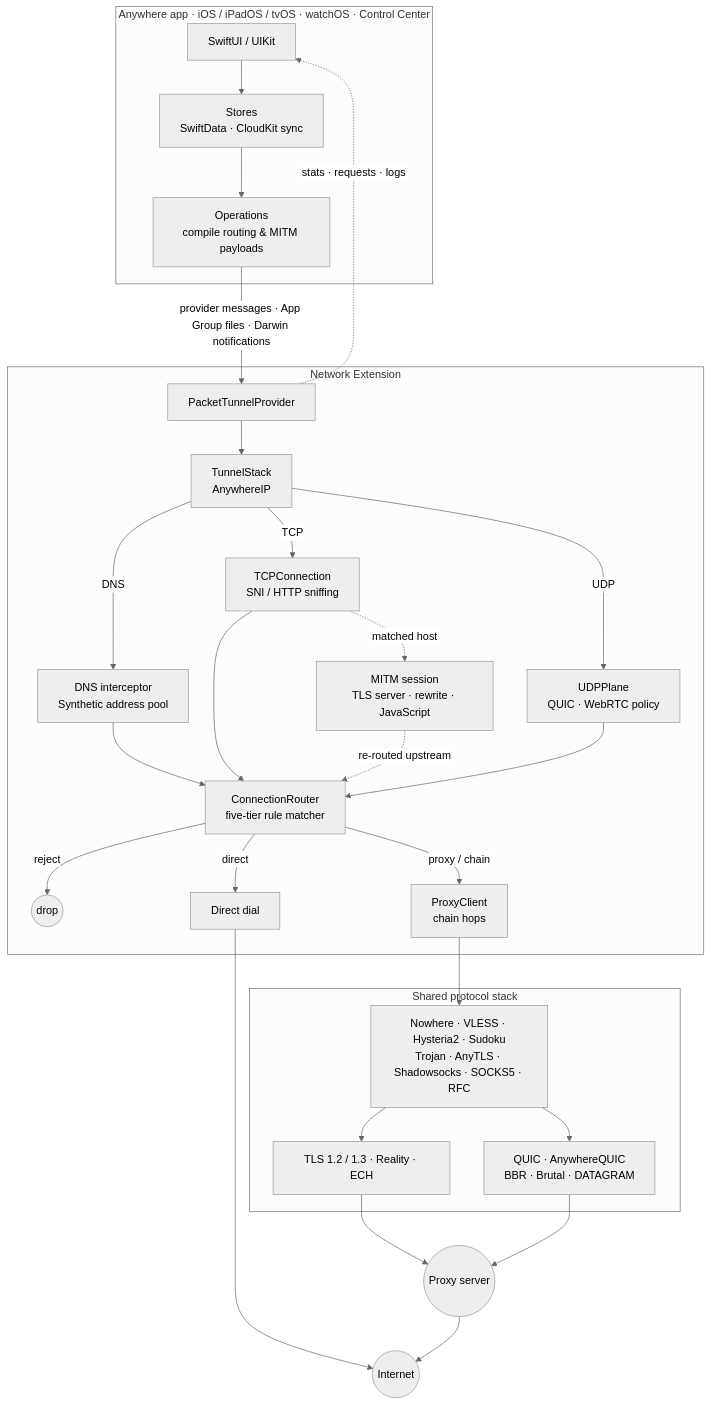
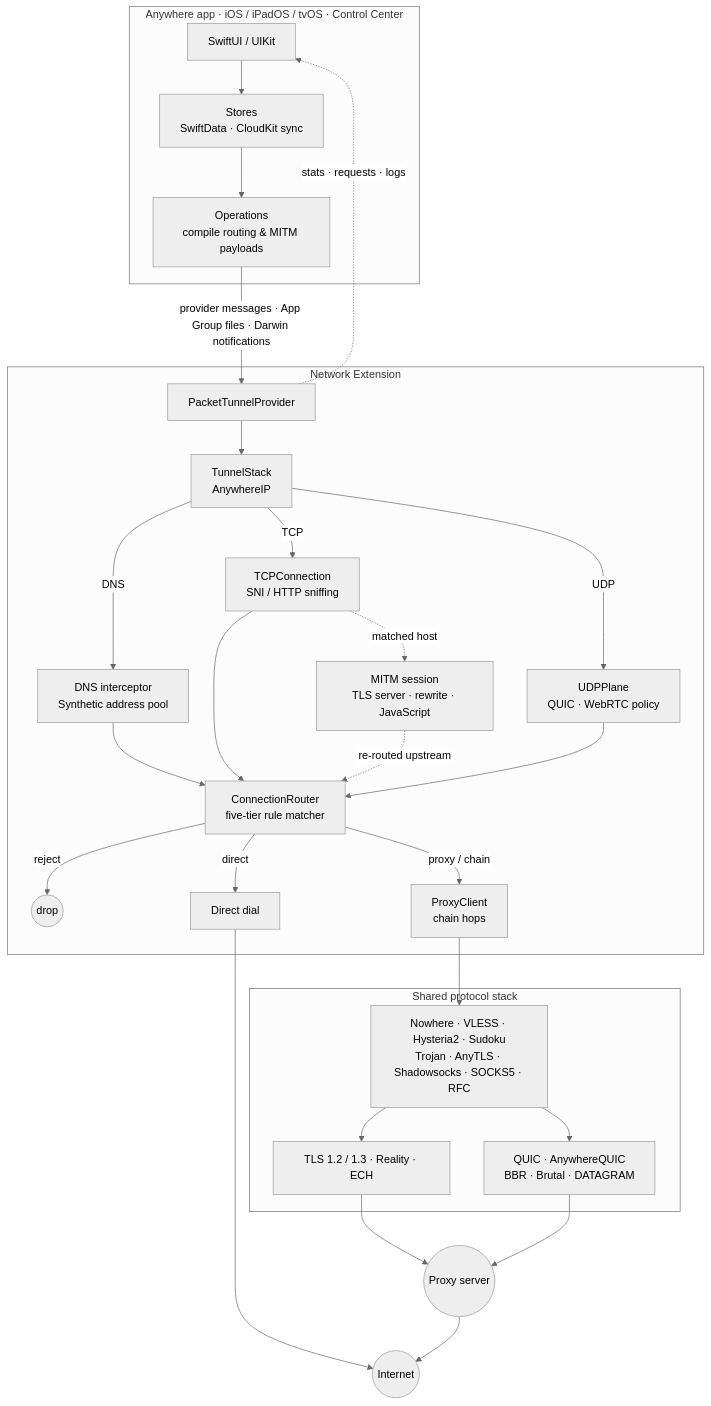
Before and after one commit to NodePassProject/Anywhere: the diagram in README.md, drawn with Mermaid (neutral theme). The commit also changed other lines of this file and 12 other files, not shown here.

Commit message:
Remove watch app

````diff
--- a/README.md
+++ b/README.md
@@ -60,33 +60,33 @@
 ```mermaid
 flowchart TB
-    subgraph APP["Anywhere app · iOS / iPadOS / tvOS · watchOS · Control Center"]
+    subgraph APP["Anywhere app · iOS / iPadOS / tvOS · Control Center"]
         UI["SwiftUI / UIKit"] --> STORES["Stores<br/>SwiftData · CloudKit sync"]
         STORES --> OPS["Operations<br/>compile routing & MITM payloads"]
     end
 
     OPS -- "provider messages · App Group files · Darwin notifications" --> PTP
     PTP -. "stats · requests · logs" .-> UI
 
     subgraph NE["Network Extension"]
         PTP["PacketTunnelProvider"] --> STACK["TunnelStack<br/>AnywhereIP"]
         STACK -- "DNS" --> DNS["DNS interceptor<br/>Synthetic address pool"]
         STACK -- "TCP" --> TCP["TCPConnection<br/>SNI / HTTP sniffing"]
         STACK -- "UDP" --> UDP["UDPPlane<br/>QUIC · WebRTC policy"]
         DNS & TCP & UDP --> ROUTER["ConnectionRouter<br/>five-tier rule matcher"]
         ROUTER -- "reject" --> DROP(("drop"))
         ROUTER -- "direct" --> DIRECT["Direct dial"]
         ROUTER -- "proxy / chain" --> CLIENT["ProxyClient<br/>chain hops"]
         TCP -. "matched host" .-> MITM["MITM session<br/>TLS server · rewrite · JavaScript"]
         MITM -. "re-routed upstream" .-> ROUTER
     end
 
     subgraph PROTO["Shared protocol stack"]
         CLIENT --> OUT["Nowhere · VLESS · Hysteria2 · Sudoku<br/>Trojan · AnyTLS · Shadowsocks · SOCKS5 · RFC"]
         OUT --> TLS["TLS 1.2 / 1.3 · Reality · ECH"]
         OUT --> QUIC["QUIC · AnywhereQUIC<br/>BBR · Brutal · DATAGRAM"]
     end
 
     TLS & QUIC --> SERVER(("Proxy server"))
     DIRECT --> INTERNET(("Internet"))
     SERVER --> INTERNET
 ```
````
